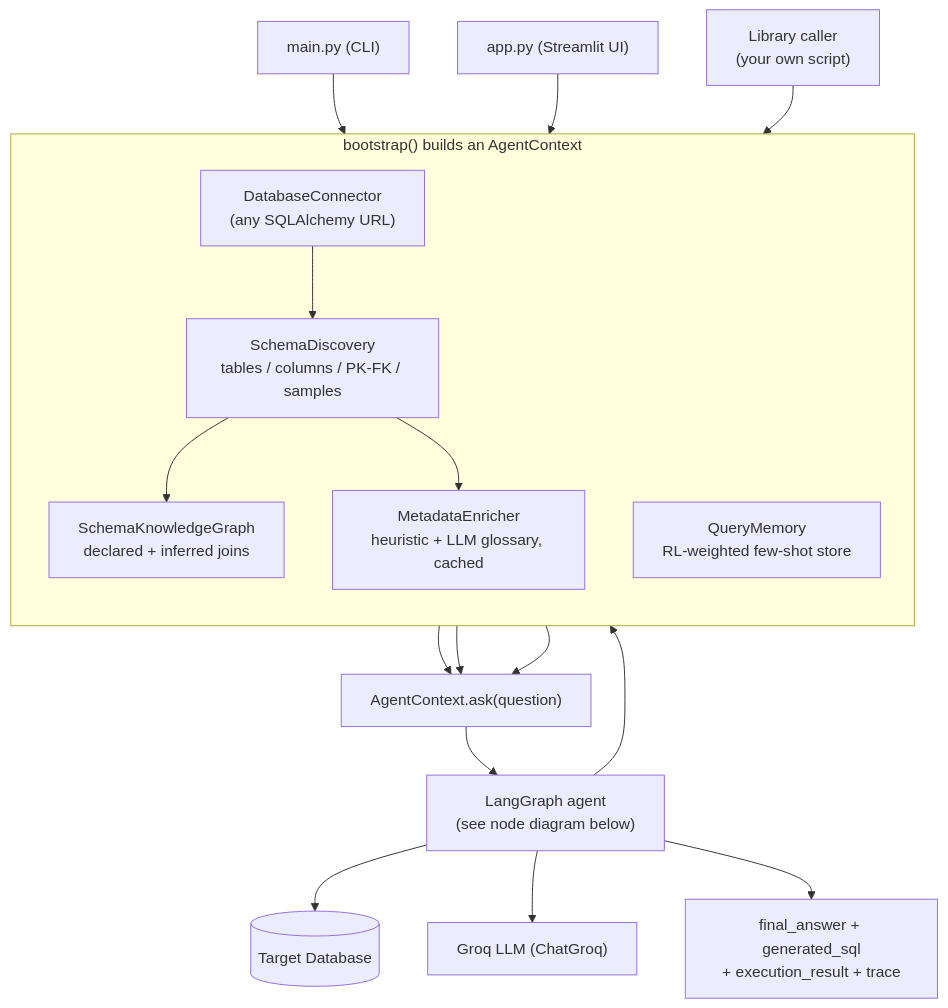
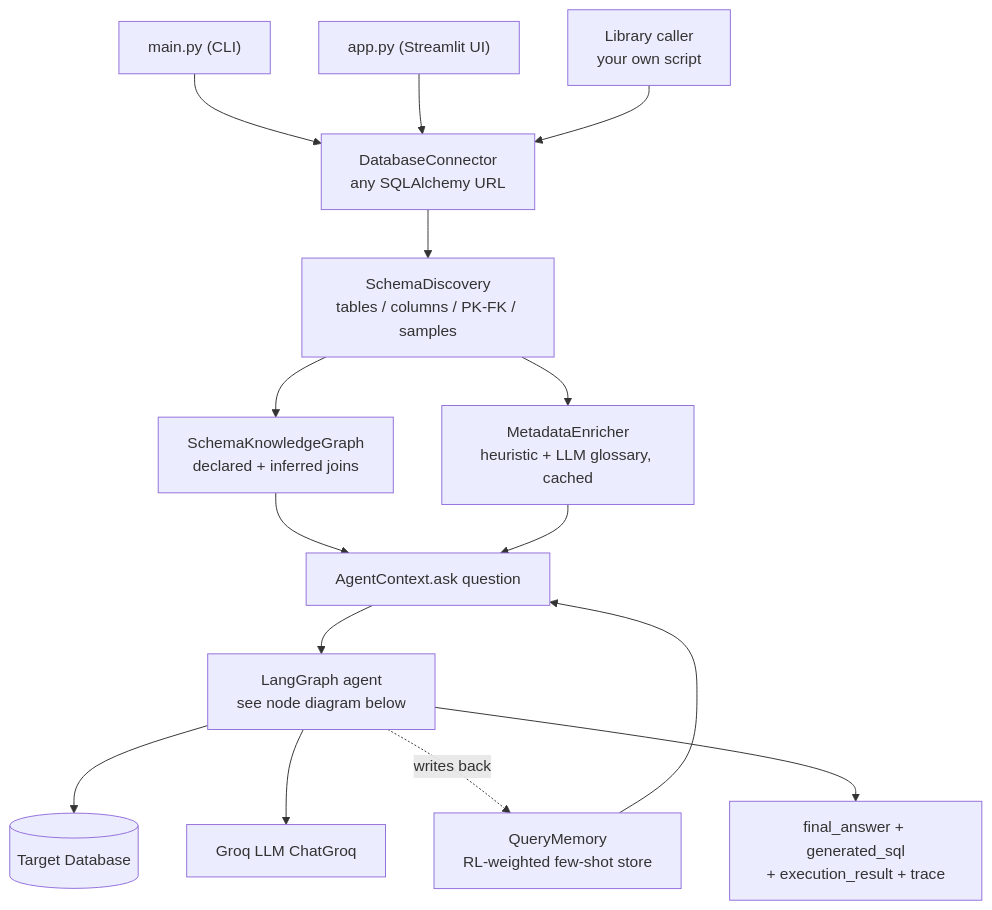
Before and after one commit to subrata-samanta/universal-text2sql: the first of 3 diagrams in README.md, drawn with Mermaid.

Commit message:
Fix system diagram rendering by removing subgraph nesting
The "System diagram" Mermaid flowchart was the only one of the three using
a subgraph block (subgraph BOOT["..."] ... end), with edges crossing into
and out of it from external nodes (CLI/UI/LIB -> CONN before the subgraph
is declared, and GRAPH -> MEM after it closes). mermaid-cli tolerated it,
but GitHub's bundled Mermaid renderer is stricter about titled subgraphs
combined with cross-boundary edges in both directions, and was not
rendering the diagram correctly.

Flattened the diagram to a plain flowchart with no subgraph nesting, and
relabeled the query-memory write-back as a dotted "writes back" edge for
clarity instead of an ambiguous solid edge. Re-validated all three
diagrams via mermaid-cli and inspected the rendered SVG text to confirm
labels render as plain text with no leftover markup.

````diff
--- a/README.md
+++ b/README.md
@@ -78,23 +78,24 @@
 ```mermaid
 flowchart TB
-    CLI["main.py (CLI)"] --> CONN
-    UI["app.py (Streamlit UI)"] --> CONN
-    LIB["Library caller<br/>(your own script)"] --> CONN
+    CLI["main.py (CLI)"]
+    UI["app.py (Streamlit UI)"]
+    LIB["Library caller<br/>your own script"]
 
-    subgraph BOOT["bootstrap() builds an AgentContext"]
-        direction TB
-        CONN["DatabaseConnector<br/>(any SQLAlchemy URL)"] --> DISC["SchemaDiscovery<br/>tables / columns / PK-FK / samples"]
-        DISC --> KG["SchemaKnowledgeGraph<br/>declared + inferred joins"]
-        DISC --> META["MetadataEnricher<br/>heuristic + LLM glossary, cached"]
-        MEM["QueryMemory<br/>RL-weighted few-shot store"]
-    end
+    CLI --> CONN
+    UI --> CONN
+    LIB --> CONN
 
-    KG --> CTX["AgentContext.ask(question)"]
+    CONN["DatabaseConnector<br/>any SQLAlchemy URL"] --> DISC["SchemaDiscovery<br/>tables / columns / PK-FK / samples"]
+    DISC --> KG["SchemaKnowledgeGraph<br/>declared + inferred joins"]
+    DISC --> META["MetadataEnricher<br/>heuristic + LLM glossary, cached"]
+    MEM["QueryMemory<br/>RL-weighted few-shot store"]
+
+    KG --> CTX["AgentContext.ask question"]
     META --> CTX
     MEM --> CTX
-    CTX --> GRAPH["LangGraph agent<br/>(see node diagram below)"]
+    CTX --> GRAPH["LangGraph agent<br/>see node diagram below"]
     GRAPH --> DB[("Target Database")]
-    GRAPH --> LLMBOX["Groq LLM (ChatGroq)"]
-    GRAPH --> MEM
+    GRAPH --> LLMBOX["Groq LLM ChatGroq"]
+    GRAPH -. writes back .-> MEM
     GRAPH --> ANSWER["final_answer + generated_sql<br/>+ execution_result + trace"]
 ```
````
